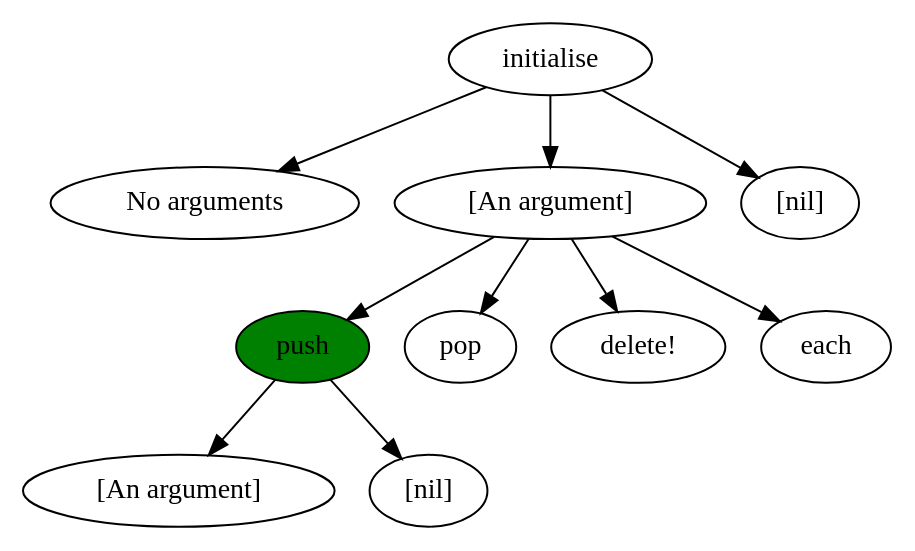
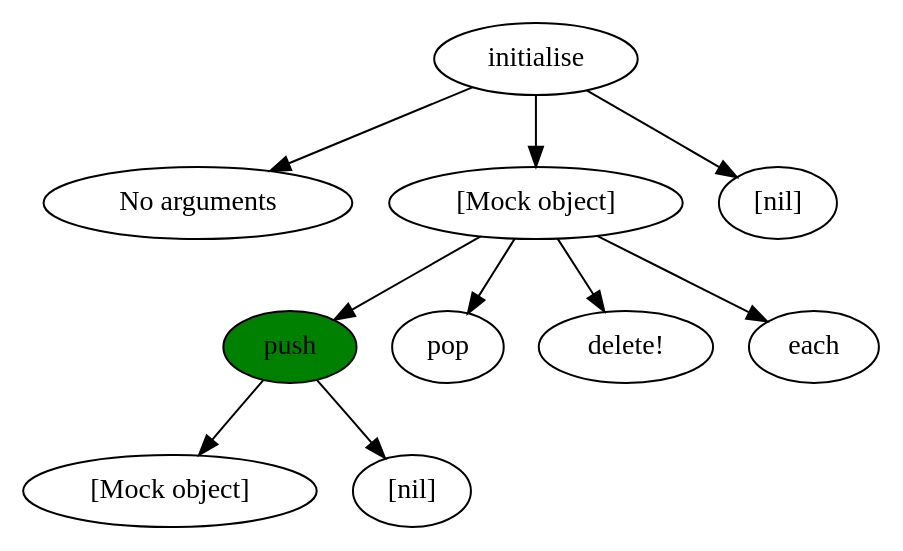
The diagram in docs/images/treeview3.gv (IgnoredAmbience/splats), drawn with Graphviz before and after one commit. The commit also changed 4 other files, not shown here.

```diff
--- a/docs/images/treeview3.gv
+++ b/docs/images/treeview3.gv
@@ -1,20 +1,20 @@
 digraph {
   a1[label="No arguments"];
-  a2[label="[An argument]"];
+  a2[label="[Mock object]"];
   a3[label="[nil]"];
   "initialise" -> a1
   "initialise" -> a2
   "initialise" -> a3
   b1[label=push, style=filled, fillcolor=green]
   b2[label=pop]
   b3[label="delete!"]
   b4[label=each]
   a2 -> b1
   a2 -> b2
   a2 -> b3
   a2 -> b4
-  c1[label="[An argument]"]
+  c1[label="[Mock object]"]
   c2[label="[nil]"]
   b1 -> c1
   b1 -> c2
 }
```
